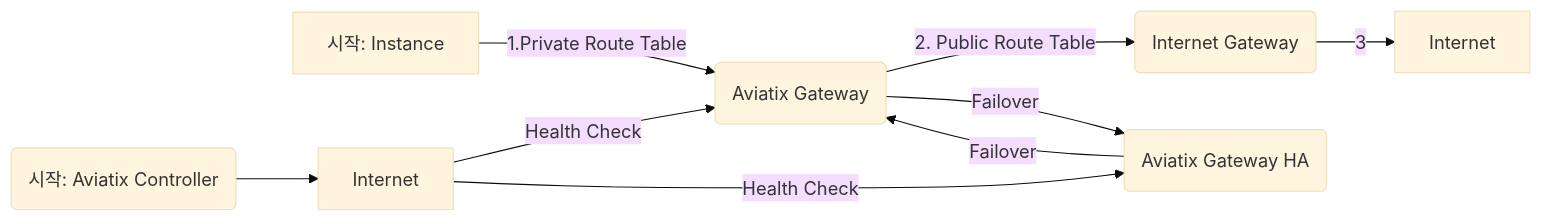
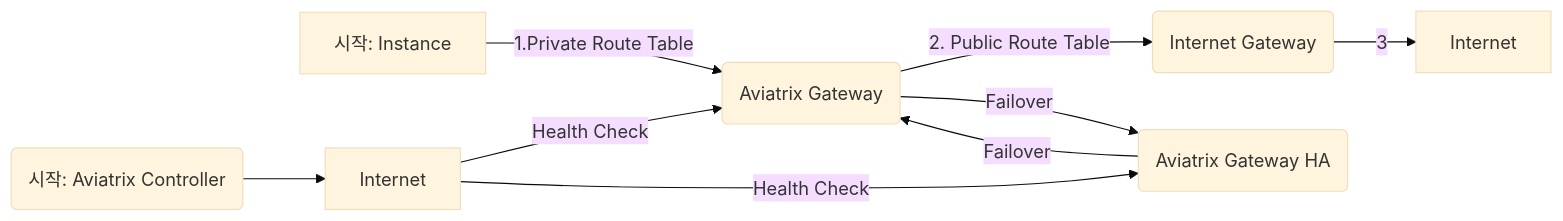
Before and after one commit to socar-inc/socar-inc.github.io: the first of 4 diagrams in _posts/2019-09-02-aviatrix-fqdn.md, drawn with Mermaid (base theme). The commit also changed other lines of this file and 1 other file, not shown here.

Commit message:
readme aviatrix-fqdn SNI Update 2

```diff
--- a/_posts/2019-09-02-aviatrix-fqdn.md
+++ b/_posts/2019-09-02-aviatrix-fqdn.md
@@ -127,11 +127,11 @@
 <div class="mermaid">
 graph LR;
-  CLIENT[시작: Instance] -->|1.Private  Route Table| ag(Aviatix Gateway)
+  CLIENT[시작: Instance] -->|1.Private  Route Table| ag(Aviatrix Gateway)
     ag -->|2. Public Route Table| igw(Internet Gateway)
     igw -->|3| int[Internet]
-    ac(시작: Aviatix Controller) --> internet2[Internet]
+    ac(시작: Aviatrix Controller) --> internet2[Internet]
     internet2[Internet]-->|Health Check| ag
-    internet2[Internet]-->|Health Check| agha(Aviatix Gateway HA)
-    ag-->|Failover| agha(Aviatix Gateway HA)
+    internet2[Internet]-->|Health Check| agha(Aviatrix Gateway HA)
+    ag-->|Failover| agha(Aviatrix Gateway HA)
     agha-->|Failover| ag
 </div>
```
